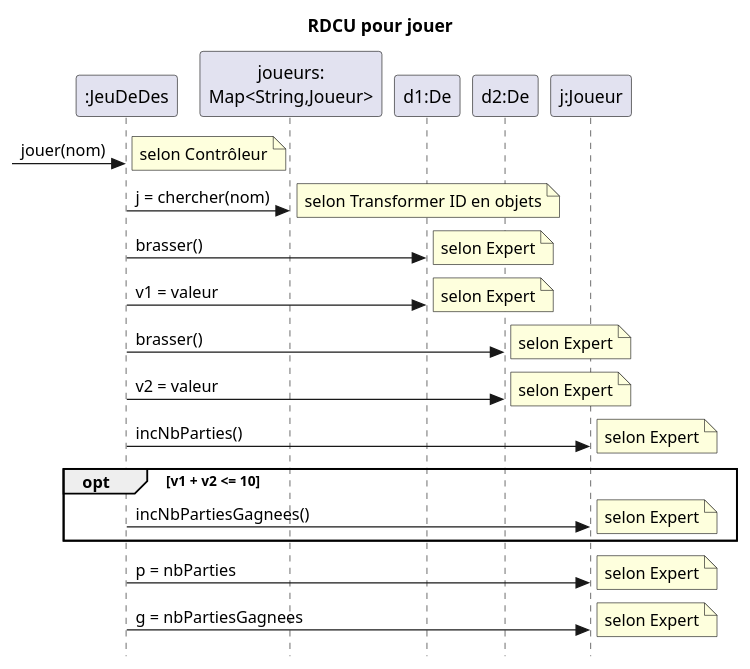
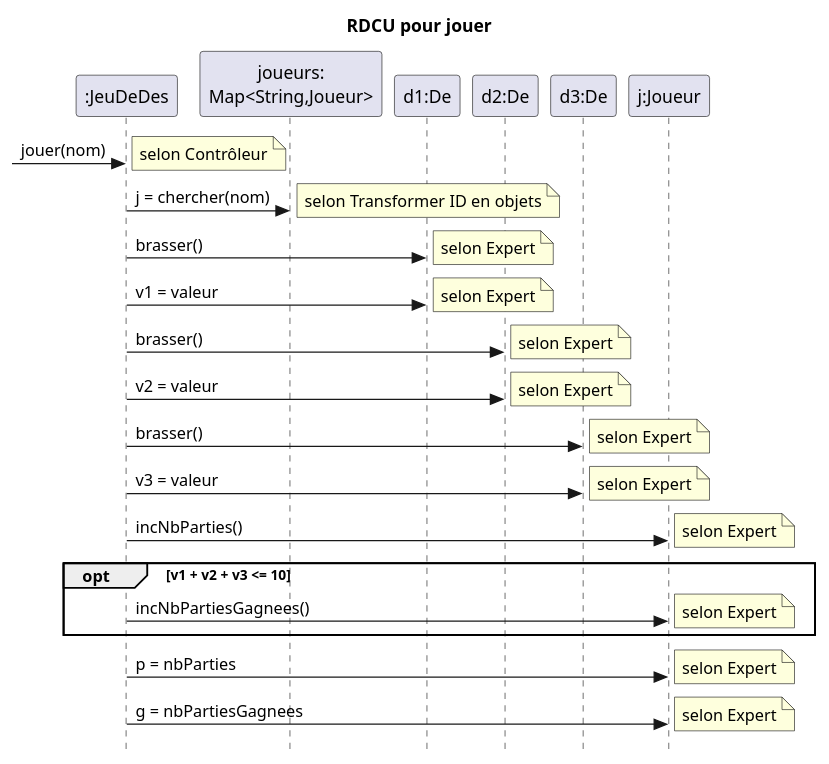
Before and after one commit to cc-probitaille/laboratoire-0-AimeMelancon: the diagram in docs/modeles/rdcu-jouer.puml, drawn with PlantUML. The commit also changed 5 other files, not shown here.

```diff
--- a/docs/modeles/rdcu-jouer.puml
+++ b/docs/modeles/rdcu-jouer.puml
@@ -1,32 +1,37 @@
 @startuml RDCU-pour-jouer
 skinparam style strictuml
 skinparam defaultfontname Verdana
 title RDCU pour jouer
 participant ":JeuDeDes" as c
 participant "joueurs:\nMap<String,Joueur>" as jm
 participant "d1:De" as d1
 participant "d2:De" as d2
+participant "d3:De" as d3
 participant "j:Joueur" as j
 ->c : jouer(nom)
 note right : selon Contrôleur
 c->jm : j = chercher(nom)
 note right : selon Transformer ID en objets
 c->d1 : brasser()
 note right : selon Expert
 c->d1 : v1 = valeur
 note right : selon Expert
 c->d2 : brasser()
 note right : selon Expert
 c->d2 : v2 = valeur
 note right : selon Expert
+c->d3 : brasser()
+note right : selon Expert
+c->d3 : v3 = valeur
+note right : selon Expert
 c->j : incNbParties()
 note right : selon Expert
-opt v1 + v2 <= 10
+opt v1 + v2 + v3 <= 10
   c->j : incNbPartiesGagnees()
   note right : selon Expert
 end opt
 c->j : p = nbParties
 note right : selon Expert
 c->j : g = nbPartiesGagnees
 note right : selon Expert
 @enduml
```
